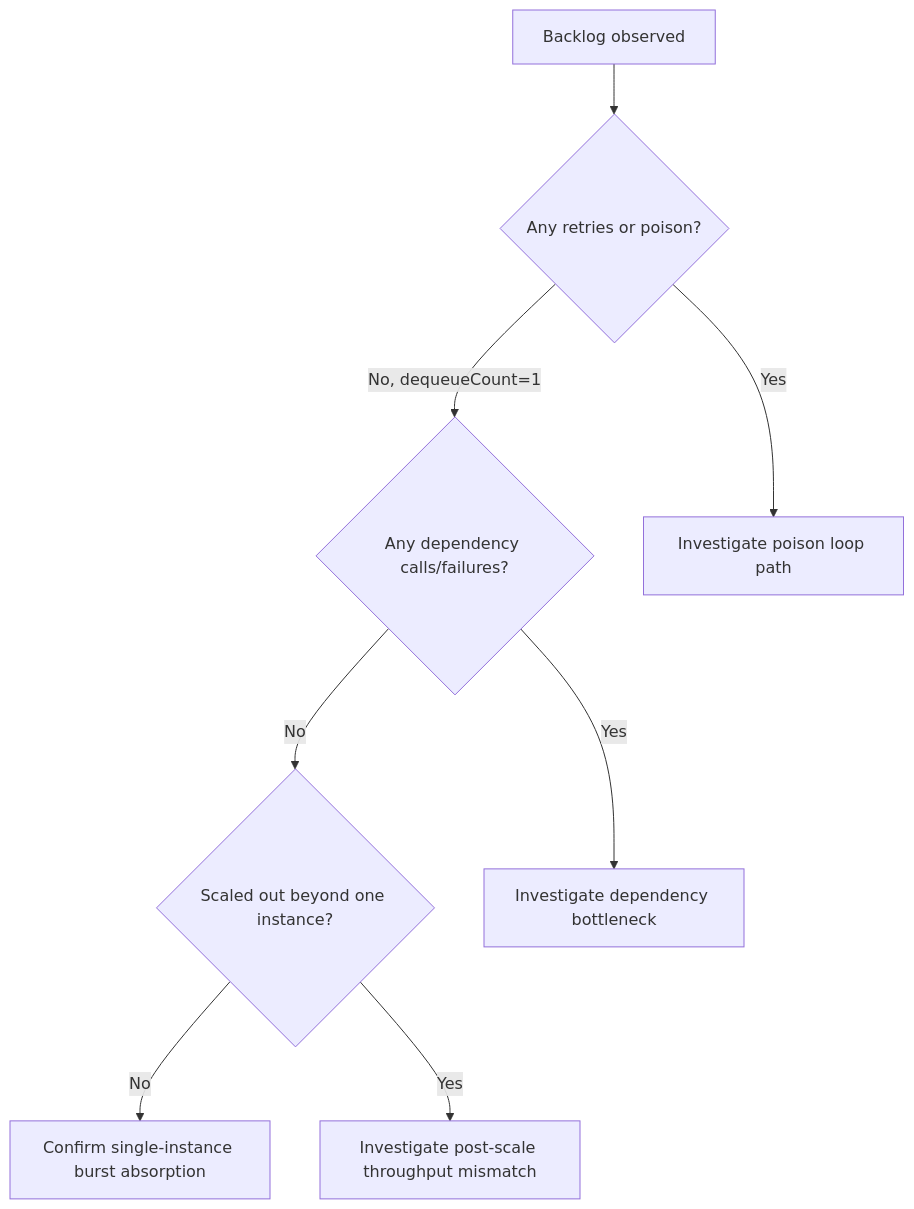
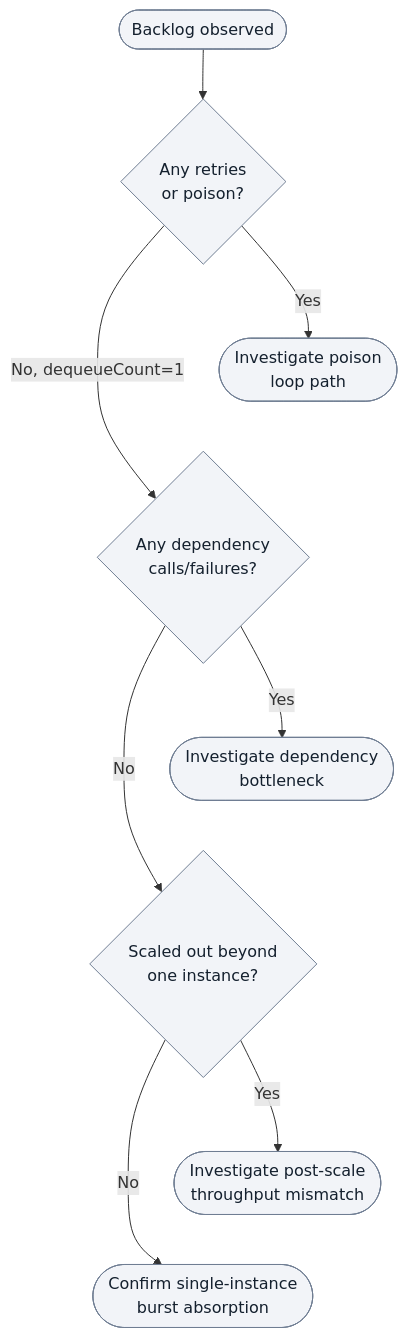
Before and after one commit to yeongseon/azure-functions-practical-guide: the third of 5 diagrams in docs/troubleshooting/lab-guides/queue-backlog-scaling.md, drawn with Mermaid. The commit also changed other lines of this file and 1 other file, not shown here.

First line of the commit message:
docs(diagrams): migrate Functions lab messaging and triggers — queue backlog scaling (#440)

````diff
--- a/docs/troubleshooting/lab-guides/queue-backlog-scaling.md
+++ b/docs/troubleshooting/lab-guides/queue-backlog-scaling.md
@@ -220,10 +236,18 @@
 ```mermaid
 flowchart TD
-    A[Backlog observed] --> B{Any retries or poison?}
-    B -->|No, dequeueCount=1| C{"Any dependency calls/failures?"}
-    B -->|Yes| X[Investigate poison loop path]
-    C -->|No| D{Scaled out beyond one instance?}
-    C -->|Yes| Y[Investigate dependency bottleneck]
-    D -->|No| E[Confirm single-instance burst absorption]
-    D -->|Yes| Z[Investigate post-scale throughput mismatch]
+    accTitle: Historical Y1 backlog hypothesis decisions
+    accDescr: Three Yes or No checks route the reported backlog to poison, dependency or post-scale investigations, or confirmation of single-instance burst absorption. Interpret with this lab's evidence and competing hypotheses, not as a universal classifier.
+    A([Backlog observed]) --> B{"Any retries<br/>or poison?"}
+    B -->|"No, dequeueCount=1"| C{"Any dependency<br/>calls/failures?"}
+    B -->|Yes| X(["Investigate poison<br/>loop path"])
+    C -->|No| D{"Scaled out beyond<br/>one instance?"}
+    C -->|Yes| Y(["Investigate dependency<br/>bottleneck"])
+    D -->|No| E(["Confirm single-instance<br/>burst absorption"])
+    D -->|Yes| Z(["Investigate post-scale<br/>throughput mismatch"])
+    %% Layout-only links tier the outcomes; they add no diagnostic steps or arrows.
+    X ~~~ C
+    Y ~~~ D
+    Z ~~~ E
+    classDef neutral fill:#f2f4f8,stroke:#707e93,color:#14202e;
+    class A,B,C,D,X,Y,E,Z neutral;
 ```
````
